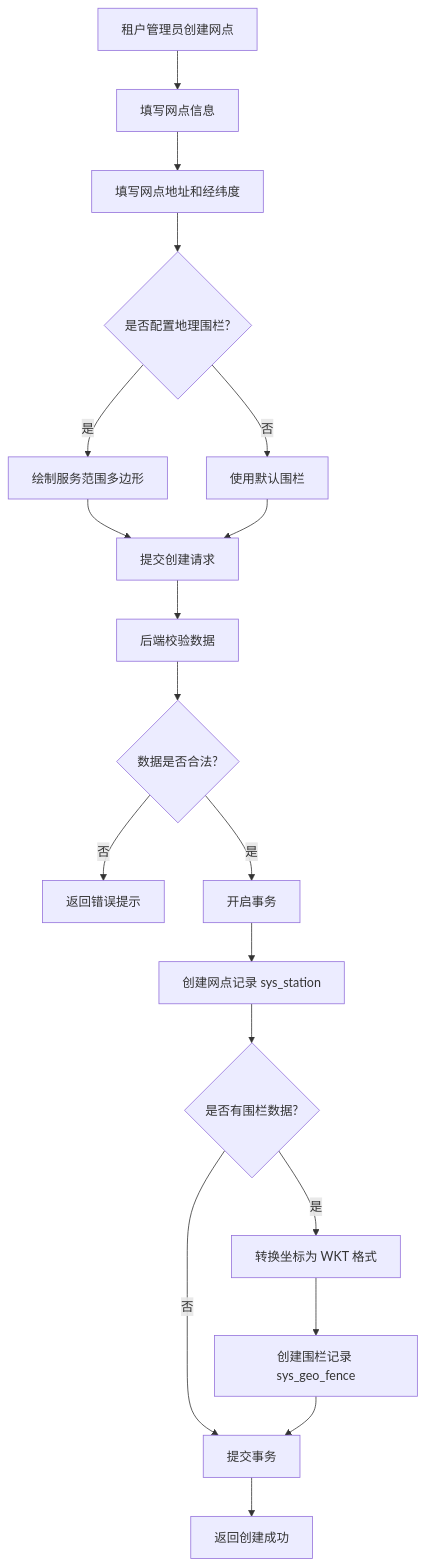
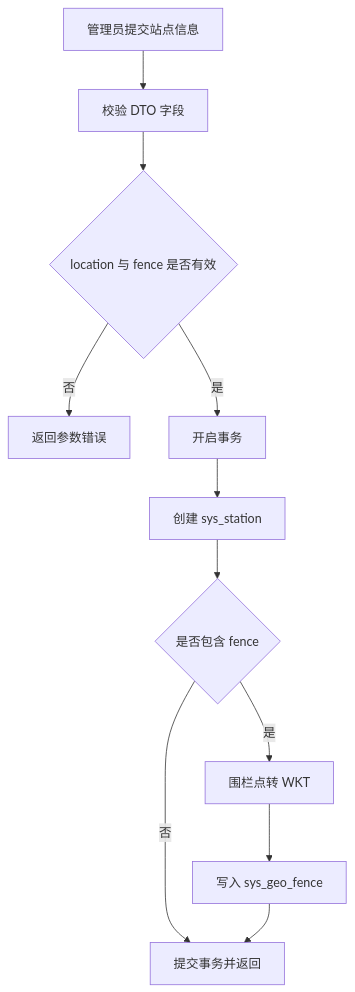
The second of 5 diagrams in apps/backend/docs/requirements/lbs/lbs-requirements.md (hqh-dot-wj/O2O-Mall-project), drawn with Mermaid before and after one commit. The commit also changed other lines of this file and 20 other files, not shown here.

````diff
--- a/apps/backend/docs/requirements/lbs/lbs-requirements.md
+++ b/apps/backend/docs/requirements/lbs/lbs-requirements.md
@@ -91,21 +84,13 @@
 ```mermaid
 flowchart TD
-    A[租户管理员创建网点] --> B[填写网点信息]
-    B --> C[填写网点地址和经纬度]
-    C --> D{是否配置地理围栏?}
-    D -->|是| E[绘制服务范围多边形]
-    D -->|否| F[使用默认围栏]
-    E --> G[提交创建请求]
-    F --> G
-    G --> H[后端校验数据]
-    H --> I{数据是否合法?}
-    I -->|否| J[返回错误提示]
-    I -->|是| K[开启事务]
-    K --> L[创建网点记录 sys_station]
-    L --> M{是否有围栏数据?}
-    M -->|是| N[转换坐标为 WKT 格式]
-    M -->|否| P[提交事务]
-    N --> O[创建围栏记录 sys_geo_fence]
-    O --> P
-    P --> Q[返回创建成功]
+    A[管理员提交站点信息] --> B[校验 DTO 字段]
+    B --> C{location 与 fence 是否有效}
+    C -->|否| D[返回参数错误]
+    C -->|是| E[开启事务]
+    E --> F[创建 sys_station]
+    F --> G{是否包含 fence}
+    G -->|否| H[提交事务并返回]
+    G -->|是| I[围栏点转 WKT]
+    I --> J[写入 sys_geo_fence]
+    J --> H
 ```
````
